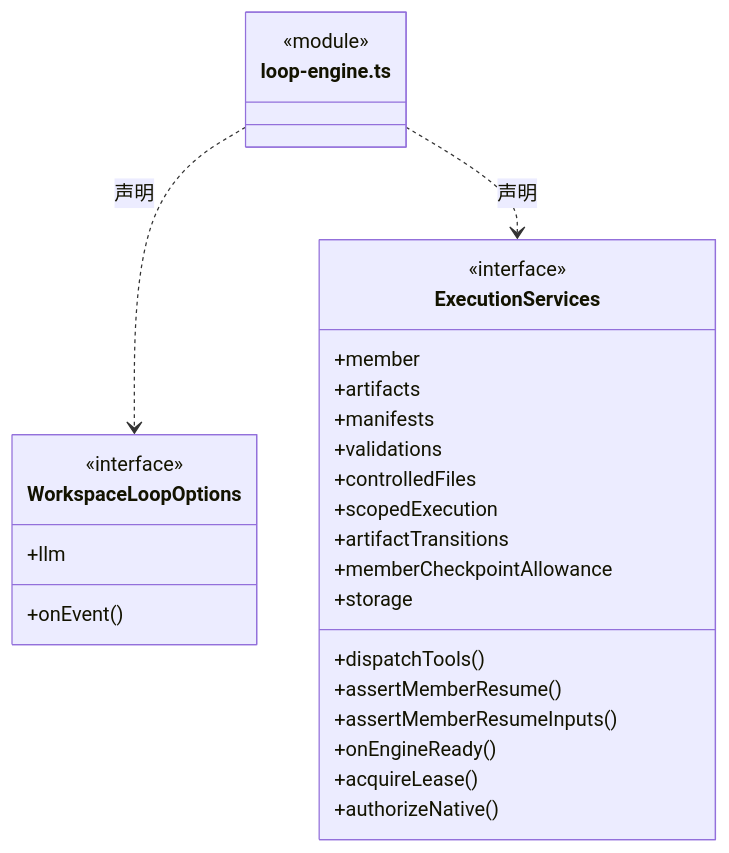
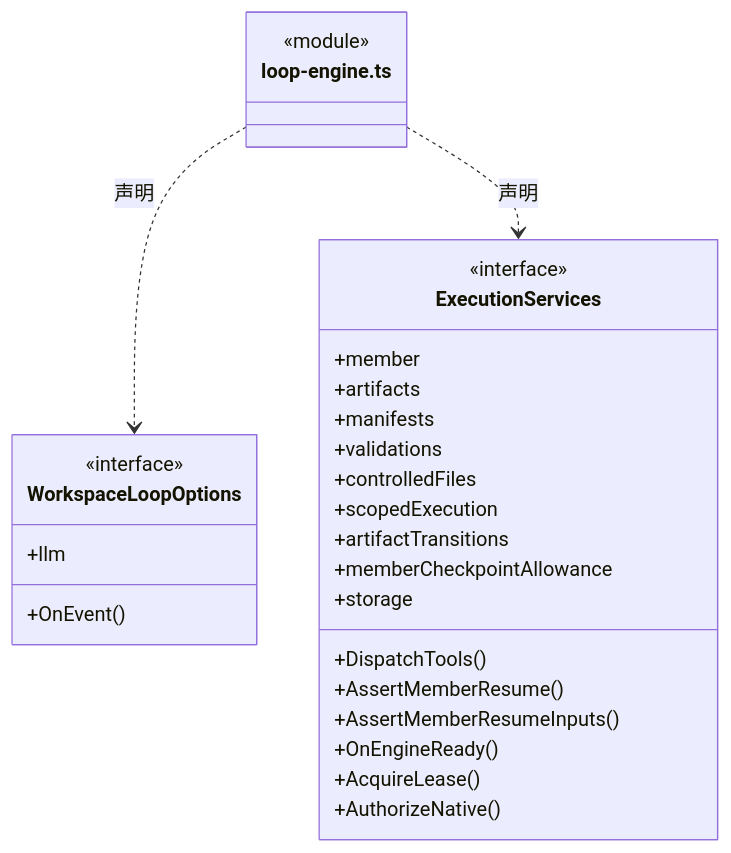
The seventh of 9 diagrams in src/logic/execution/assembly/ARCHITECTURE.md (nan023062/cbim), drawn with Mermaid before and after one commit. The commit also changed other lines of this file and 1035 other files, not shown here.

````diff
--- a/src/logic/execution/assembly/ARCHITECTURE.md
+++ b/src/logic/execution/assembly/ARCHITECTURE.md
@@ -177,31 +177,31 @@
 ```mermaid
 classDiagram
 class N_src_logic_execution_assembly_loop_engine_ts["loop-engine.ts"] {
   <<module>>
 }
 class N_src_logic_execution_assembly_loop_engine_ts_WorkspaceLoopOptions["WorkspaceLoopOptions"] {
   <<interface>>
-  +onEvent()
+  +OnEvent()
   +llm
 }
 N_src_logic_execution_assembly_loop_engine_ts ..> N_src_logic_execution_assembly_loop_engine_ts_WorkspaceLoopOptions : 声明
 class N_src_logic_execution_assembly_loop_engine_ts_ExecutionServices["ExecutionServices"] {
   <<interface>>
-  +dispatchTools()
+  +DispatchTools()
   +member
   +artifacts
   +manifests
   +validations
   +controlledFiles
   +scopedExecution
   +artifactTransitions
-  +assertMemberResume()
+  +AssertMemberResume()
   +memberCheckpointAllowance
-  +assertMemberResumeInputs()
-  +onEngineReady()
+  +AssertMemberResumeInputs()
+  +OnEngineReady()
   +storage
-  +acquireLease()
-  +authorizeNative()
+  +AcquireLease()
+  +AuthorizeNative()
 }
 N_src_logic_execution_assembly_loop_engine_ts ..> N_src_logic_execution_assembly_loop_engine_ts_ExecutionServices : 声明
 ```
````
